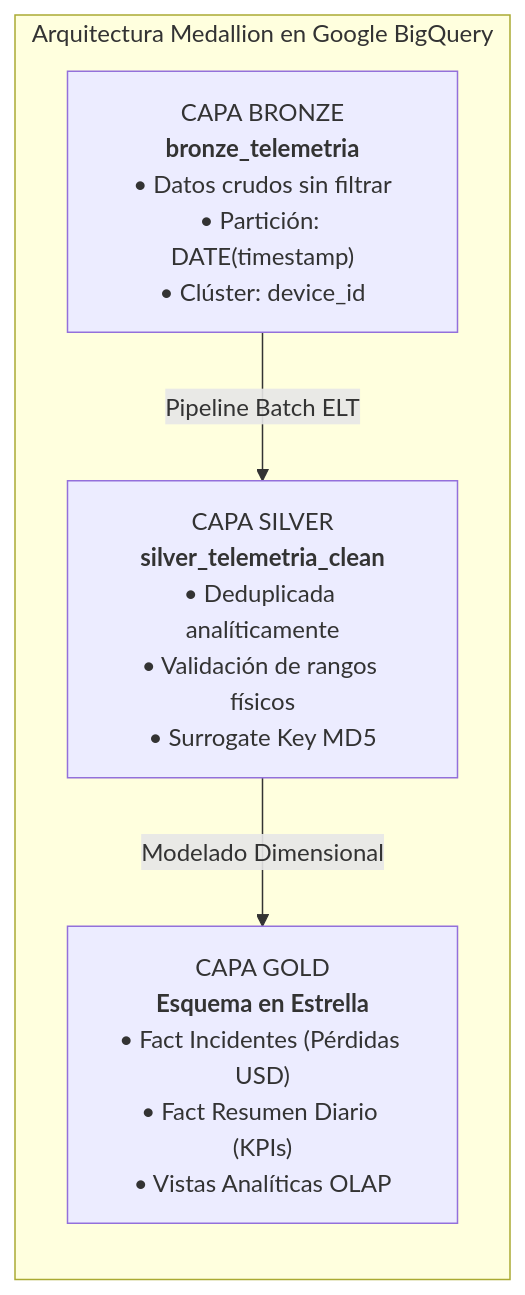
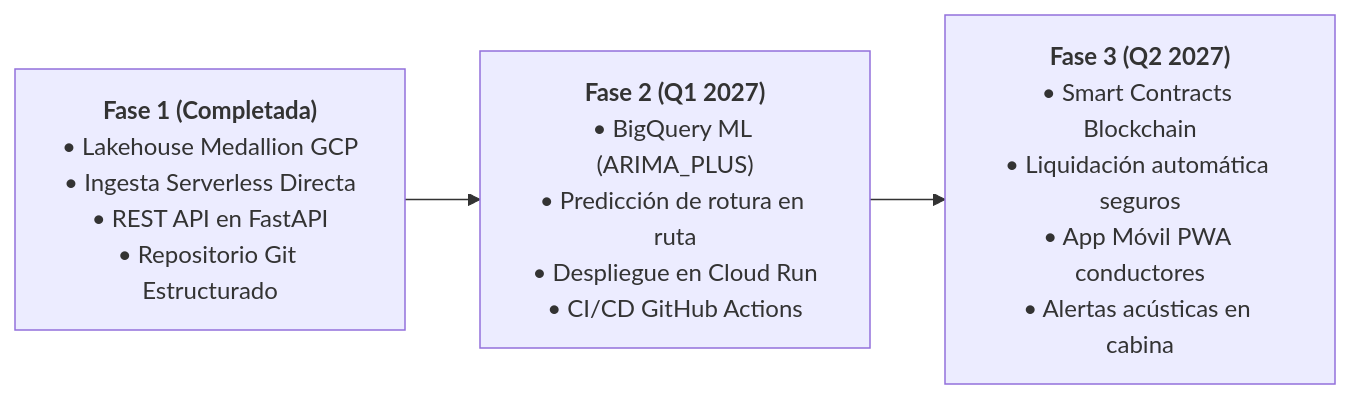
Before and after one commit to gsoto1872-blip/iot-coldchain: the sixth of 6 diagrams in informe/INFORME_FINAL_PROYECTO_IOT.md, drawn with Mermaid. The commit also changed other lines of this file, not shown here.

Commit message:
docs(report): update master technical report with complete 10-point evaluation structure, API exposure layer, E2E demo traces, and TCO calculator

````diff
--- a/informe/INFORME_FINAL_PROYECTO_IOT.md
+++ b/informe/INFORME_FINAL_PROYECTO_IOT.md
@@ -245,11 +612,5 @@
 ```mermaid
 flowchart LR
-    subgraph Lakehouse["Arquitectura Medallion en Google BigQuery"]
-        B["CAPA BRONZE<br/><b>bronze_telemetria</b><br/>• Datos crudos sin filtrar<br/>• Partición: DATE(timestamp)<br/>• Clúster: device_id"]
-        S["CAPA SILVER<br/><b>silver_telemetria_clean</b><br/>• Deduplicada analíticamente<br/>• Validación de rangos físicos<br/>• Surrogate Key MD5"]
-        G["CAPA GOLD<br/><b>Esquema en Estrella</b><br/>• Fact Incidentes (Pérdidas USD)<br/>• Fact Resumen Diario (KPIs)<br/>• Vistas Analíticas OLAP"]
-        
-        B -->|Pipeline Batch ELT| S
-        S -->|Modelado Dimensional| G
-    end
+    F1["<b>Fase 1 (Completada)</b><br/>• Lakehouse Medallion GCP<br/>• Ingesta Serverless Directa<br/>• REST API en FastAPI<br/>• Repositorio Git Estructurado"] --> F2["<b>Fase 2 (Q1 2027)</b><br/>• BigQuery ML (ARIMA_PLUS)<br/>• Predicción de rotura en ruta<br/>• Despliegue en Cloud Run<br/>• CI/CD GitHub Actions"]
+    F2 --> F3["<b>Fase 3 (Q2 2027)</b><br/>• Smart Contracts Blockchain<br/>• Liquidación automática seguros<br/>• App Móvil PWA conductores<br/>• Alertas acústicas en cabina"]
 ```
````
